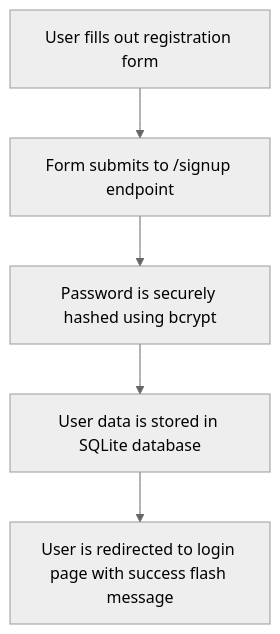
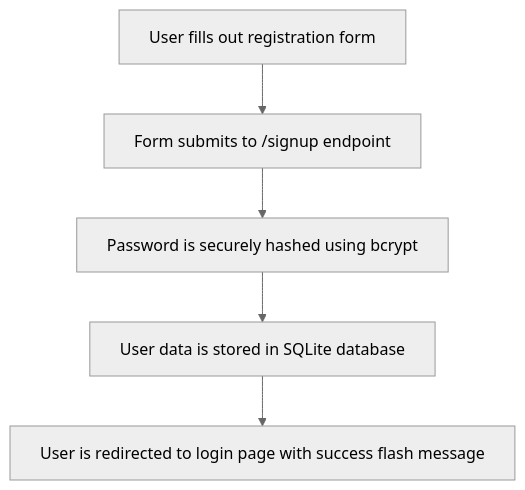
Before and after one commit to chaitanyasaiyerra/Musuem-chatbot: the second of 15 diagrams in STEP_BY_STEP_GUIDE.md, drawn with Mermaid (neutral theme). The commit also changed other lines of this file and 1 other file, not shown here.

Commit message:
docs: replace spaces with nbsp in mermaid diagrams to force single-line rendering

````diff
--- a/STEP_BY_STEP_GUIDE.md
+++ b/STEP_BY_STEP_GUIDE.md
@@ -29,7 +29,7 @@
 ```mermaid
 graph TD
-    A["User fills out registration form"] --> B["Form submits to /signup endpoint"]
-    B --> C["Password is securely hashed using bcrypt"]
-    C --> D["User data is stored in SQLite database"]
-    D --> E["User is redirected to login page with success flash message"]
+    A["User&nbsp;fills&nbsp;out&nbsp;registration&nbsp;form"] --> B["Form&nbsp;submits&nbsp;to&nbsp;/signup&nbsp;endpoint"]
+    B --> C["Password&nbsp;is&nbsp;securely&nbsp;hashed&nbsp;using&nbsp;bcrypt"]
+    C --> D["User&nbsp;data&nbsp;is&nbsp;stored&nbsp;in&nbsp;SQLite&nbsp;database"]
+    D --> E["User&nbsp;is&nbsp;redirected&nbsp;to&nbsp;login&nbsp;page&nbsp;with&nbsp;success&nbsp;flash&nbsp;message"]
 ```
````
